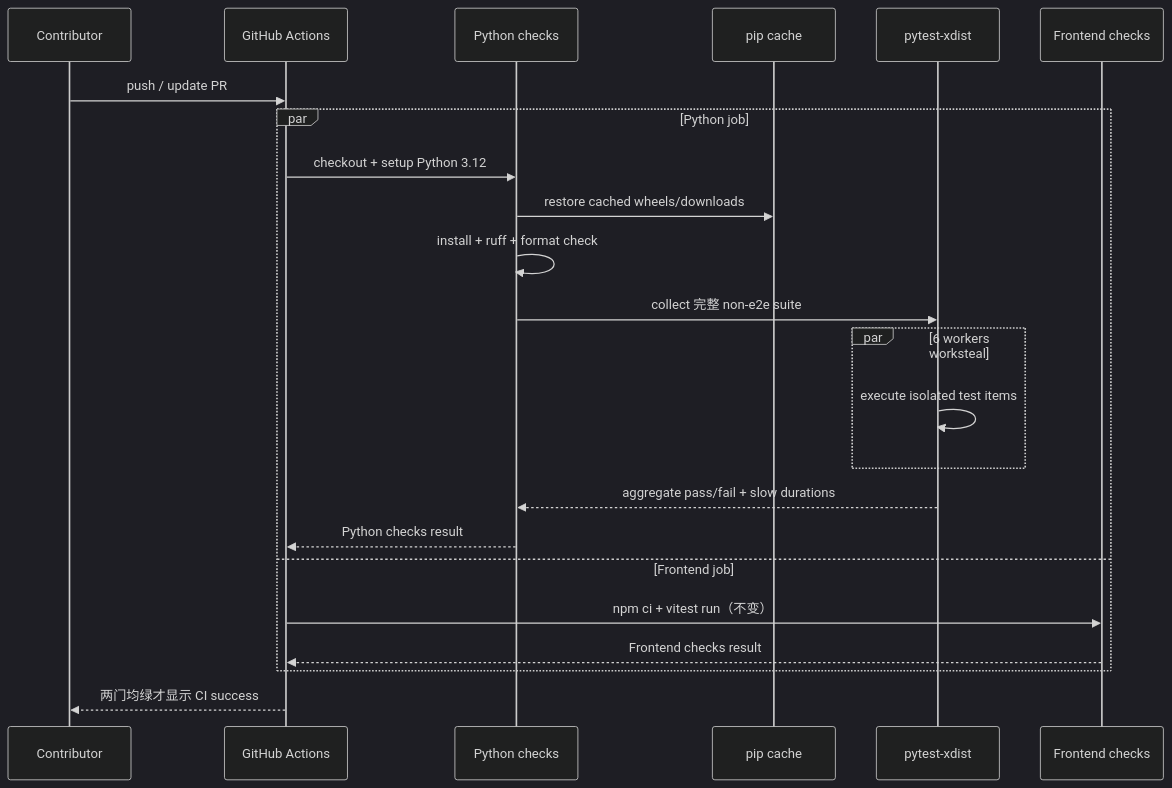
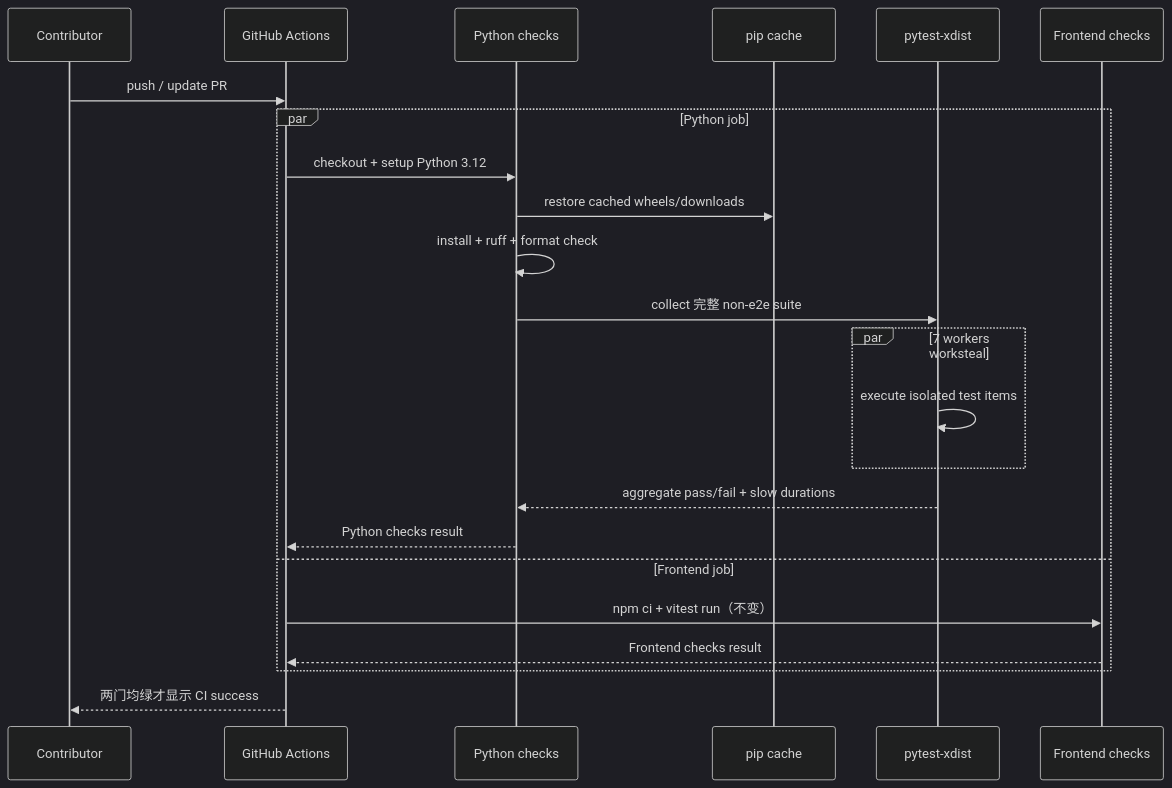
One commit to Mrchen116/nano-multiagent changed the second of 2 diagrams in docs/changes/perf-458-ci-speed/design.md. Above: the diagram before and after it, drawn with Mermaid (dark theme). The commit also changed other lines of this file and 2 other files, not shown here.

````diff
--- a/docs/changes/perf-458-ci-speed/design.md
+++ b/docs/changes/perf-458-ci-speed/design.md
@@ -141,26 +142,26 @@
 ```mermaid
 sequenceDiagram
     participant Dev as Contributor
     participant GH as GitHub Actions
     participant Py as Python checks
     participant Cache as pip cache
     participant XD as pytest-xdist
     participant FE as Frontend checks
 
     Dev->>GH: push / update PR
     par Python job
         GH->>Py: checkout + setup Python 3.12
         Py->>Cache: restore cached wheels/downloads
         Py->>Py: install + ruff + format check
         Py->>XD: collect 完整 non-e2e suite
-        par 6 workers worksteal
+        par 7 workers worksteal
             XD->>XD: execute isolated test items
         end
         XD-->>Py: aggregate pass/fail + slow durations
         Py-->>GH: Python checks result
     and Frontend job
         GH->>FE: npm ci + vitest run（不变）
         FE-->>GH: Frontend checks result
     end
     GH-->>Dev: 两门均绿才显示 CI success
 ```
````
